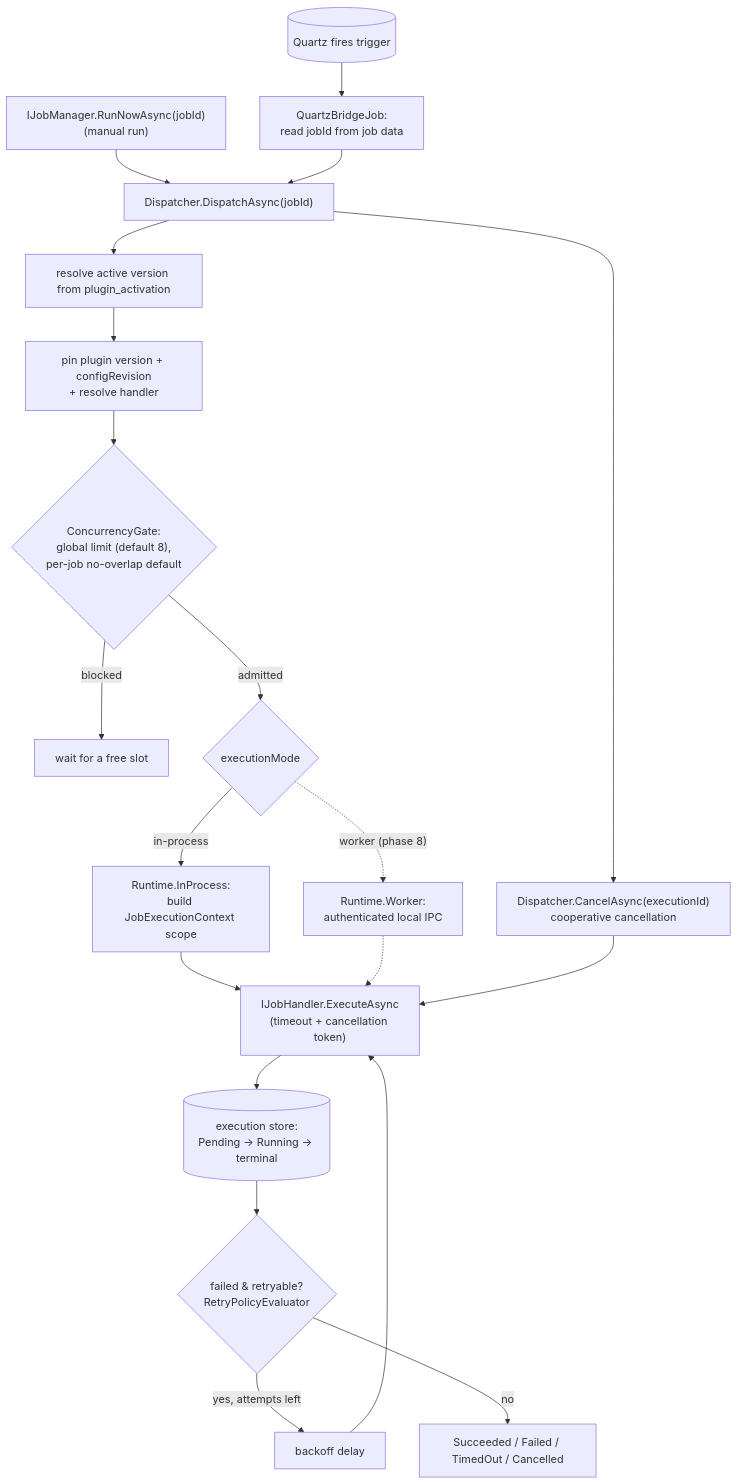
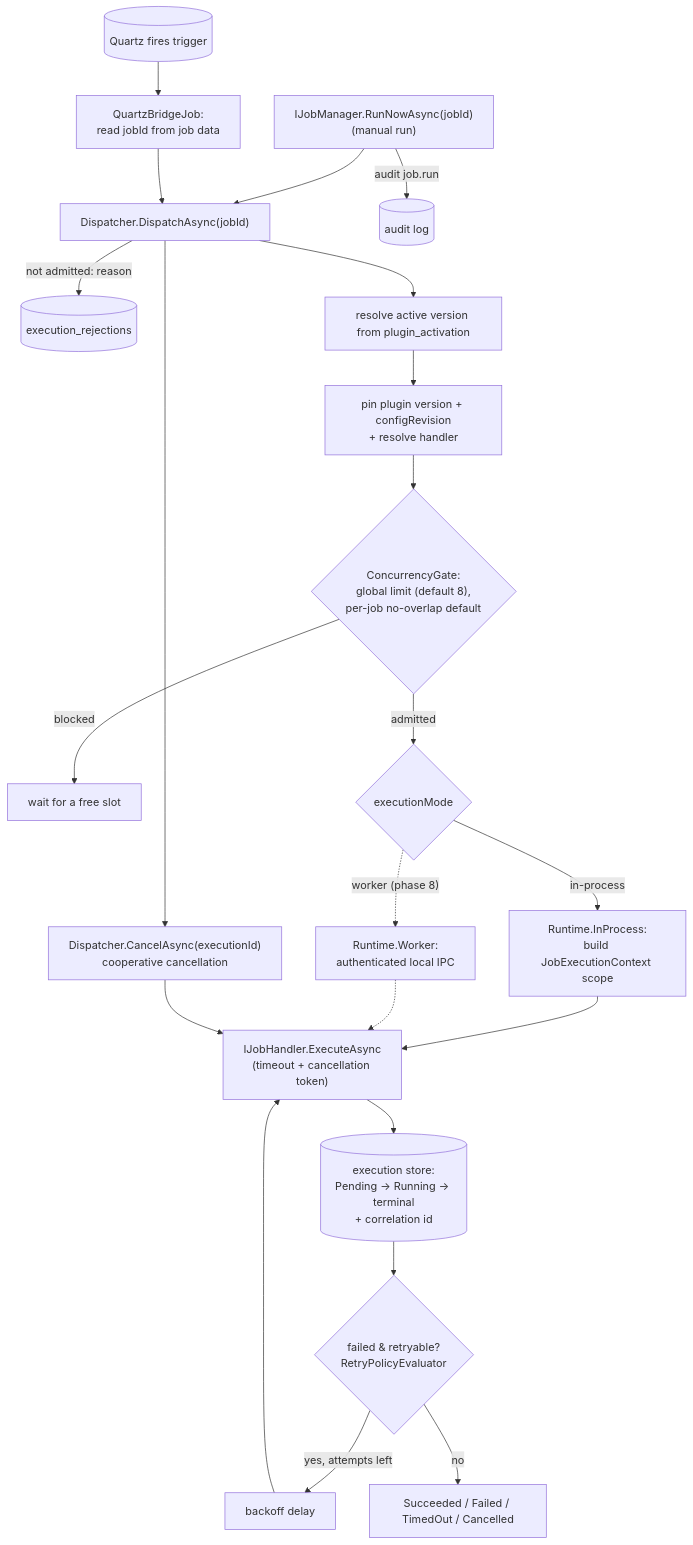
One commit to nicknad/job-scheduler changed the third of 6 diagrams in docs/graphs/plugin-workflows.md. Above: the diagram before and after it, drawn with Mermaid. The commit also changed other lines of this file and 66 other files, not shown here.

````diff
--- a/docs/graphs/plugin-workflows.md
+++ b/docs/graphs/plugin-workflows.md
@@ -75,22 +76,24 @@
 ```mermaid
 flowchart TD
   RUN["IJobManager.RunNowAsync(jobId)<br/>(manual run)"] --> DISP["Dispatcher.DispatchAsync(jobId)"]
+  RUN -- "audit job.run" --> AUD[("audit log")]
   QZ[("Quartz fires trigger")] --> BRIDGE["QuartzBridgeJob:<br/>read jobId from job data"]
   BRIDGE --> DISP
+  DISP -- "not admitted: reason" --> REJ[("execution_rejections")]
   DISP --> RES["resolve active version from plugin_activation"]
   RES --> PIN["pin plugin version + configRevision<br/>+ resolve handler"]
   PIN --> CONC{"ConcurrencyGate:<br/>global limit (default 8),<br/>per-job no-overlap default"}
   CONC -- "blocked" --> WAIT["wait for a free slot"]
   CONC -- "admitted" --> MODE{"executionMode"}
   MODE -- "in-process" --> IP["Runtime.InProcess:<br/>build JobExecutionContext scope"]
   MODE -. "worker (phase 8)" .-> WK["Runtime.Worker:<br/>authenticated local IPC"]
   IP --> H["IJobHandler.ExecuteAsync<br/>(timeout + cancellation token)"]
   WK -.-> H
-  H --> EXEC[("execution store:<br/>Pending → Running → terminal")]
+  H --> EXEC[("execution store:<br/>Pending → Running → terminal<br/>+ correlation id")]
   EXEC --> RET{"failed &amp; retryable?<br/>RetryPolicyEvaluator"}
   RET -- "yes, attempts left" --> BACKOFF["backoff delay"]
   BACKOFF --> H
   RET -- "no" --> DONE["Succeeded / Failed / TimedOut / Cancelled"]
   DISP --> CANCEL["Dispatcher.CancelAsync(executionId)<br/>cooperative cancellation"]
   CANCEL --> H
 ```
````
